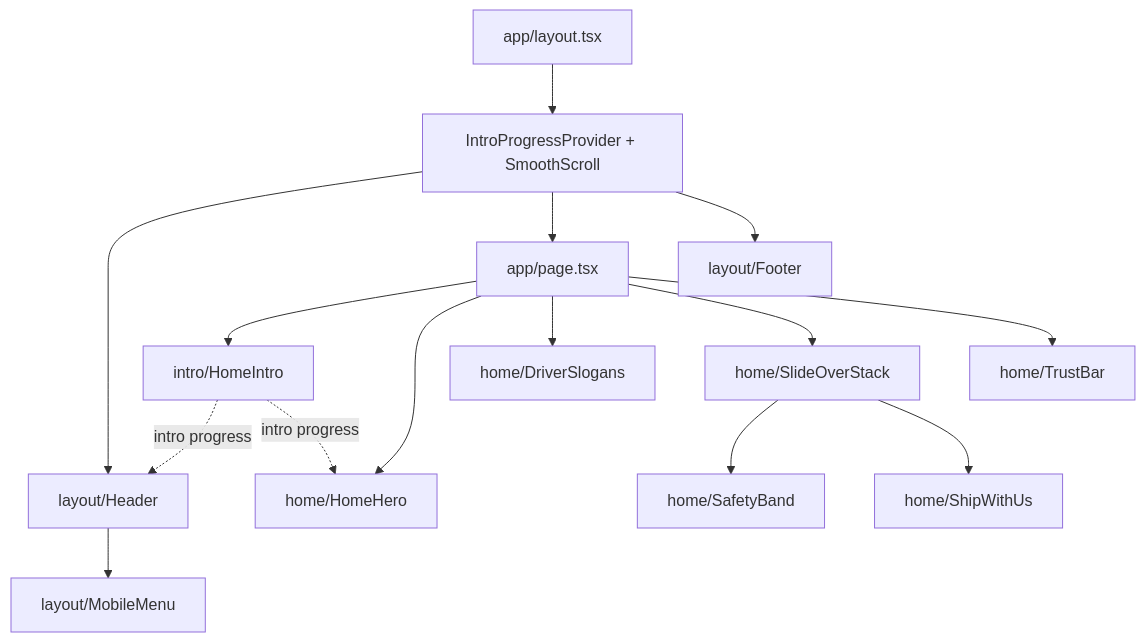
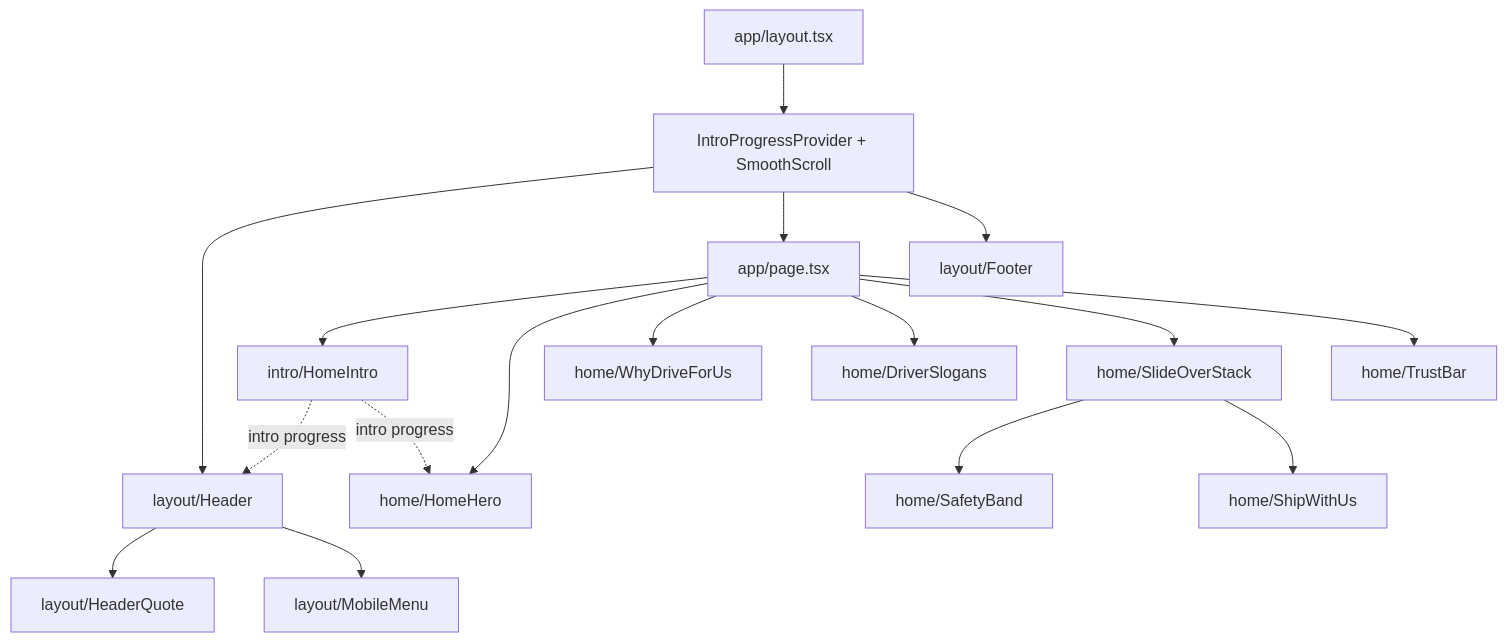
One commit to stadlerv3311/laughing-dollop changed the diagram in docs/NAVIGATION.md. Above: the diagram before and after it, drawn with Mermaid. The commit also changed other lines of this file and 26 other files, not shown here.

First line of the commit message:
Rebuild the About page with a sideways timeline and rework the homepage bands

````diff
--- a/docs/NAVIGATION.md
+++ b/docs/NAVIGATION.md
@@ -61,17 +62,19 @@
 ```mermaid
 flowchart TD
   Layout["app/layout.tsx"] --> Providers["IntroProgressProvider + SmoothScroll"]
   Providers --> Header["layout/Header"]
   Providers --> Page["app/page.tsx"]
   Providers --> Footer["layout/Footer"]
+  Header --> HeaderQuote["layout/HeaderQuote"]
   Header --> MobileMenu["layout/MobileMenu"]
   Page --> HomeIntro["intro/HomeIntro"]
   Page --> HomeHero["home/HomeHero"]
+  Page --> WhyDriveForUs["home/WhyDriveForUs"]
   Page --> DriverSlogans["home/DriverSlogans"]
   Page --> SlideOverStack["home/SlideOverStack"]
   SlideOverStack --> SafetyBand["home/SafetyBand"]
   SlideOverStack --> ShipWithUs["home/ShipWithUs"]
   Page --> TrustBar["home/TrustBar"]
   HomeIntro -. "intro progress" .-> Header
   HomeIntro -. "intro progress" .-> HomeHero
 ```
````
